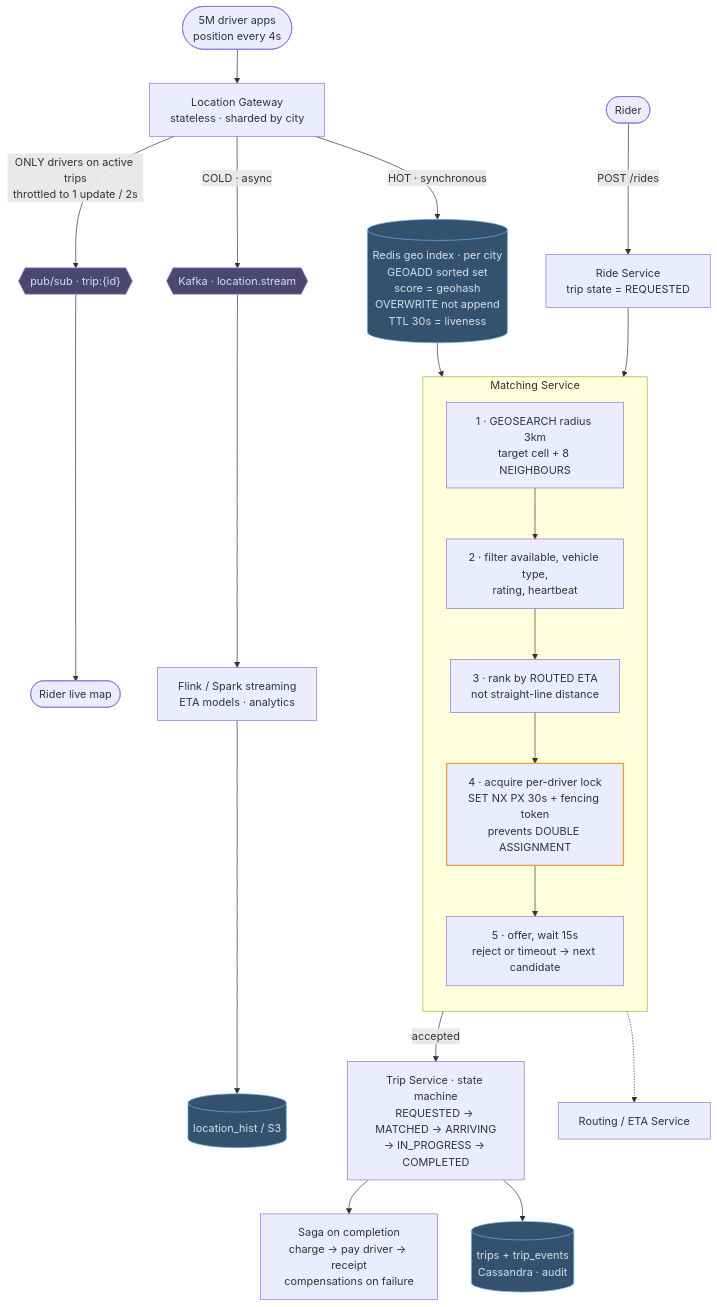
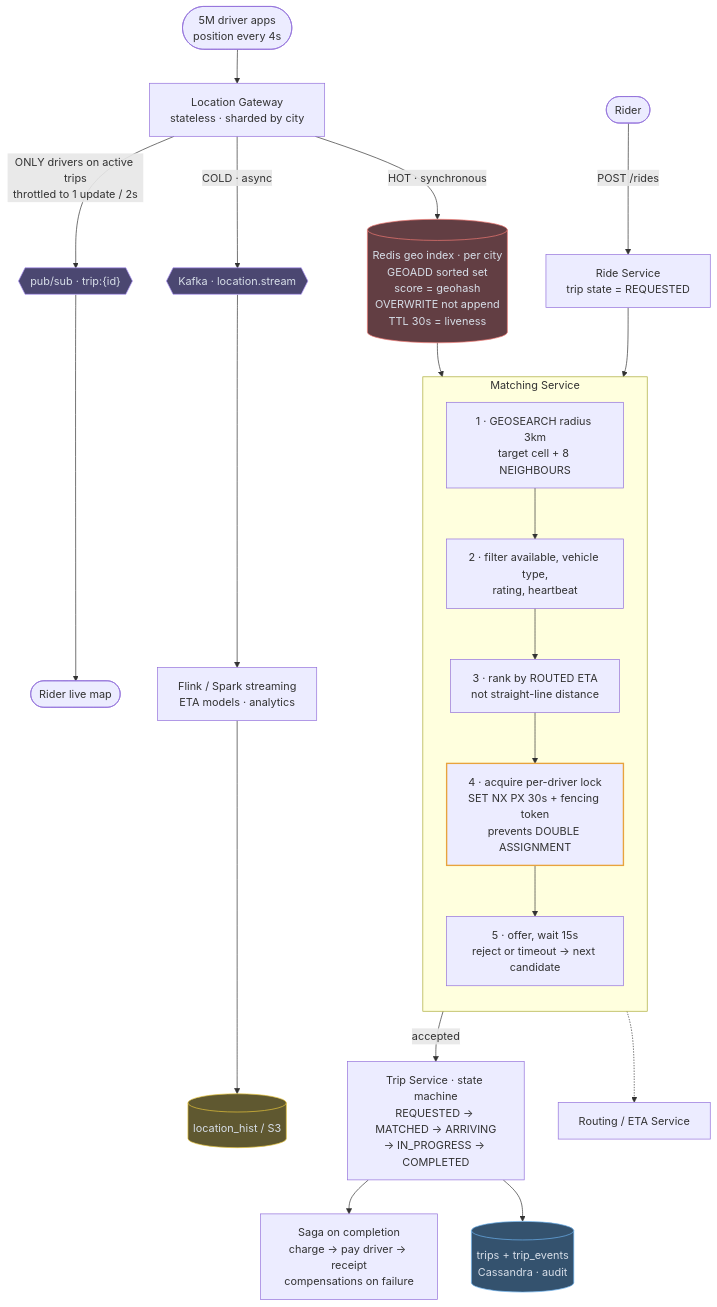
Before and after one commit to mertkahyaoglu/atlas: the diagram in content/designs/07-uber-delivery-tracking.md, drawn with Mermaid. The commit also changed 16 other files, not shown here.

First line of the commit message:
Split store into db/cache/blob; color gateway and load-balancer nodes

````diff
--- a/content/designs/07-uber-delivery-tracking.md
+++ b/content/designs/07-uber-delivery-tracking.md
@@ -118,50 +118,54 @@
 ```mermaid
 flowchart TB
     Drivers([5M driver apps<br/>position every 4s]) --> LocGW[Location Gateway<br/>stateless · sharded by city]
 
     LocGW -- "HOT · synchronous" --> Geo
     LocGW -- "COLD · async" --> Stream
 
     Geo[("Redis geo index · per city<br/>GEOADD sorted set<br/>score = geohash<br/>OVERWRITE not append<br/>TTL 30s = liveness")]
 
     Stream{{"Kafka · location.stream"}} --> Flink["Flink / Spark streaming<br/>ETA models · analytics"]
     Flink --> Hist[("location_hist / S3")]
 
     Rider([Rider]) -- "POST /rides" --> RideSvc[Ride Service<br/>trip state = REQUESTED]
     subgraph M ["Matching Service"]
         direction TB
         Match["1 · GEOSEARCH radius 3km<br/>target cell + 8 NEIGHBOURS"]
         FilterD["2 · filter available, vehicle type,<br/>rating, heartbeat"]
         Rank["3 · rank by ROUTED ETA<br/>not straight-line distance"]
         Lock["4 · acquire per-driver lock<br/>SET NX PX 30s + fencing token<br/>prevents DOUBLE ASSIGNMENT"]
         Offer["5 · offer, wait 15s<br/>reject or timeout → next candidate"]
         Match --> FilterD --> Rank --> Lock --> Offer
     end
 
     RideSvc --> Match
 
     Geo --> Match
     Rank -.-> Routing[Routing / ETA Service]
 
     Offer -- "accepted" --> Trip
     Trip["Trip Service · state machine<br/>REQUESTED → MATCHED → ARRIVING<br/>→ IN_PROGRESS → COMPLETED"]
     Trip --> TripStore[("trips + trip_events<br/>Cassandra · audit")]
     Trip --> Saga["Saga on completion<br/>charge → pay driver → receipt<br/>compensations on failure"]
 
     LocGW -- "ONLY drivers on active trips<br/>throttled to 1 update / 2s" --> TripChan{{"pub/sub · trip:{id}"}}
     TripChan --> RiderWS([Rider live map])
 
-    classDef store fill:#34526e,stroke:#6cb2ee,color:#d7dee8
+    classDef db fill:#34526e,stroke:#6cb2ee,color:#d7dee8
+    classDef cache fill:#623e43,stroke:#f07a73,color:#d7dee8
+    classDef blob fill:#5f5830,stroke:#e6c43c,color:#d7dee8
     classDef queue fill:#4b4771,stroke:#ad94f7,color:#d7dee8
     classDef hot stroke:#e8a33d,stroke-width:2px
-    class Geo,Hist,TripStore store
+    class TripStore db
+    class Geo cache
+    class Hist blob
     class Lock hot
     class Stream,TripChan queue
 
     click Geo href "/docs/04-caching" "Role: live driver positions for nearby-driver search, overwritten on every ping.<br/>Trade-off: in memory and lossy, so history has to live somewhere else."
     click Stream href "/docs/05-async-messaging-and-event-driven" "Role: the cold path that carries every location ping for analytics.<br/>Trade-off: huge volume and storage cost for data the matching path never needs."
     click Flink href "/docs/09-specialized-building-blocks" "Role: turns raw pings into ETA models and analytics.<br/>Trade-off: results lag real time, so it never sits on the matching path."
     click Hist href "/docs/09-specialized-building-blocks" "Role: cheap long-term location history, partitioned for analytics.<br/>Trade-off: slow to query and useless for live features."
     click TripStore href "/docs/02-data-storage" "Role: durable trip records plus every state change, for audit.<br/>Trade-off: write-optimized, so ad-hoc reporting needs another system."
     click TripChan href "/docs/05-async-messaging-and-event-driven" "Role: streams the driver's position to the rider during a trip.<br/>Trade-off: dropped updates are acceptable because the next ping replaces them."
 ```
````
